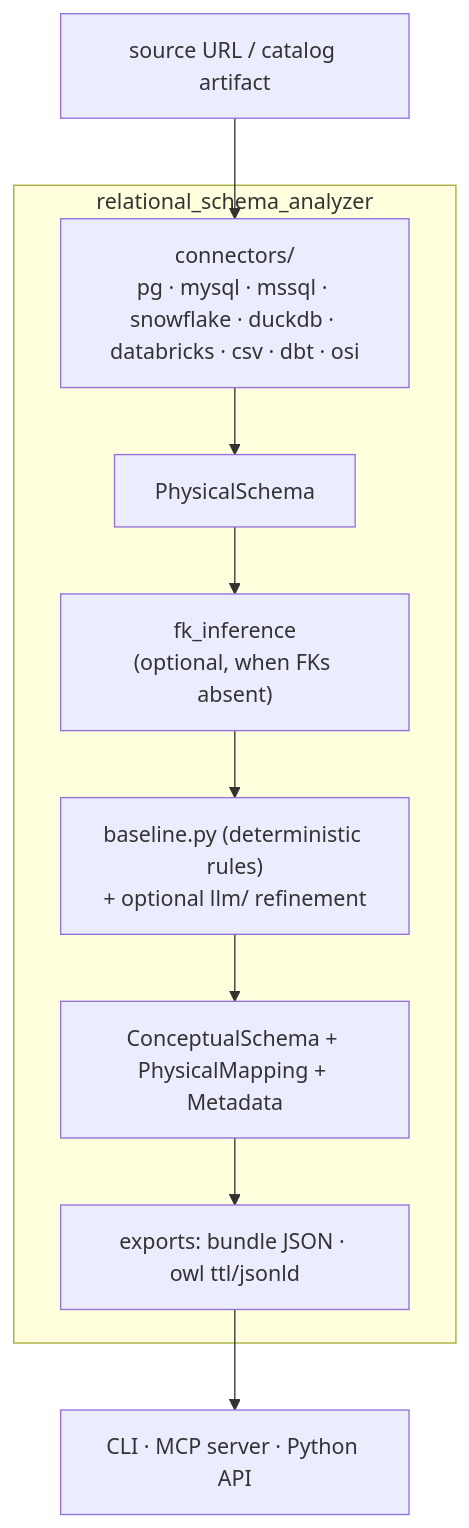
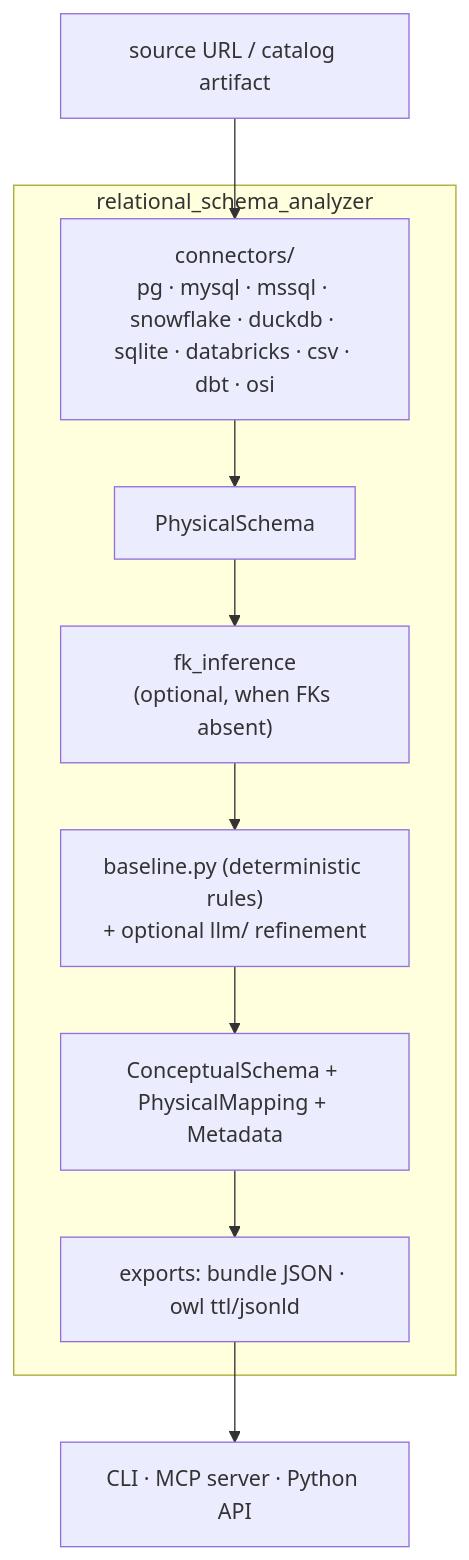
One commit to ArthurKeen/relational-schema-analyzer changed the diagram in docs/DESIGN.md. Above: the diagram before and after it, drawn with Mermaid. The commit also changed other lines of this file and 9 other files, not shown here.

First line of the commit message:
feat(connectors): SQLite connector and value sampler

````diff
--- a/docs/DESIGN.md
+++ b/docs/DESIGN.md
@@ -90,21 +90,21 @@
 ```mermaid
 flowchart TD
     src["source URL / catalog artifact"]
     subgraph rsa["relational_schema_analyzer"]
-        conn["connectors/<br/>pg · mysql · mssql · snowflake · duckdb · databricks · csv · dbt · osi"]
+        conn["connectors/<br/>pg · mysql · mssql · snowflake · duckdb · sqlite · databricks · csv · dbt · osi"]
         phys["PhysicalSchema"]
         fk["fk_inference<br/>(optional, when FKs absent)"]
         base["baseline.py (deterministic rules)<br/>+ optional llm/ refinement"]
         model["ConceptualSchema + PhysicalMapping + Metadata"]
         exp["exports: bundle JSON · owl ttl/jsonld"]
     end
     out["CLI · MCP server · Python API"]
 
     src --> conn
     conn --> phys
     phys --> fk
     fk --> base
     base --> model
     model --> exp
     exp --> out
 ```
````
